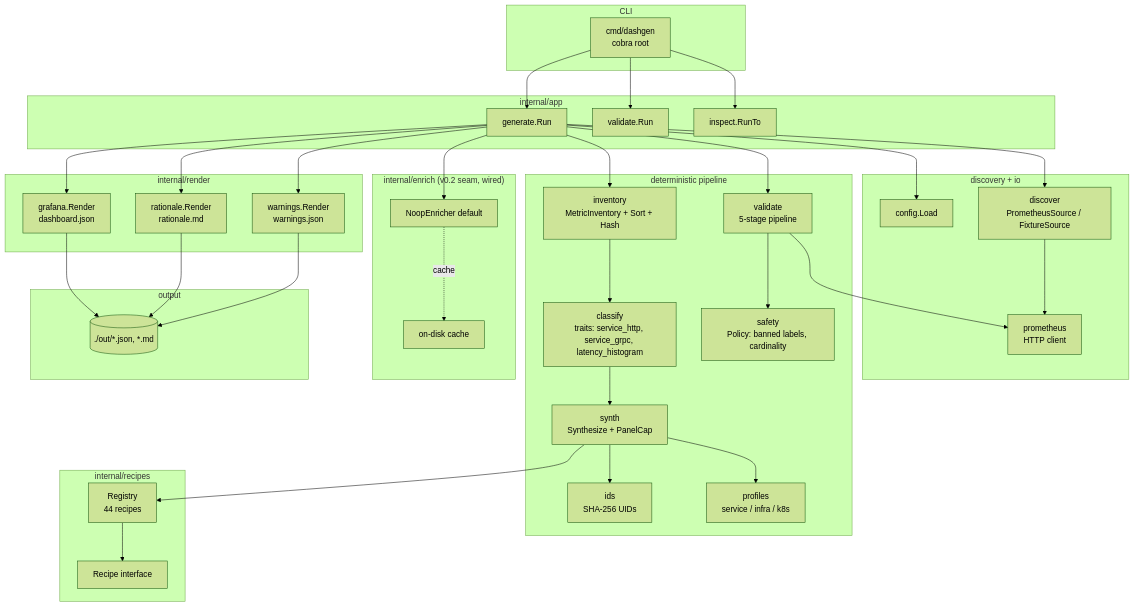
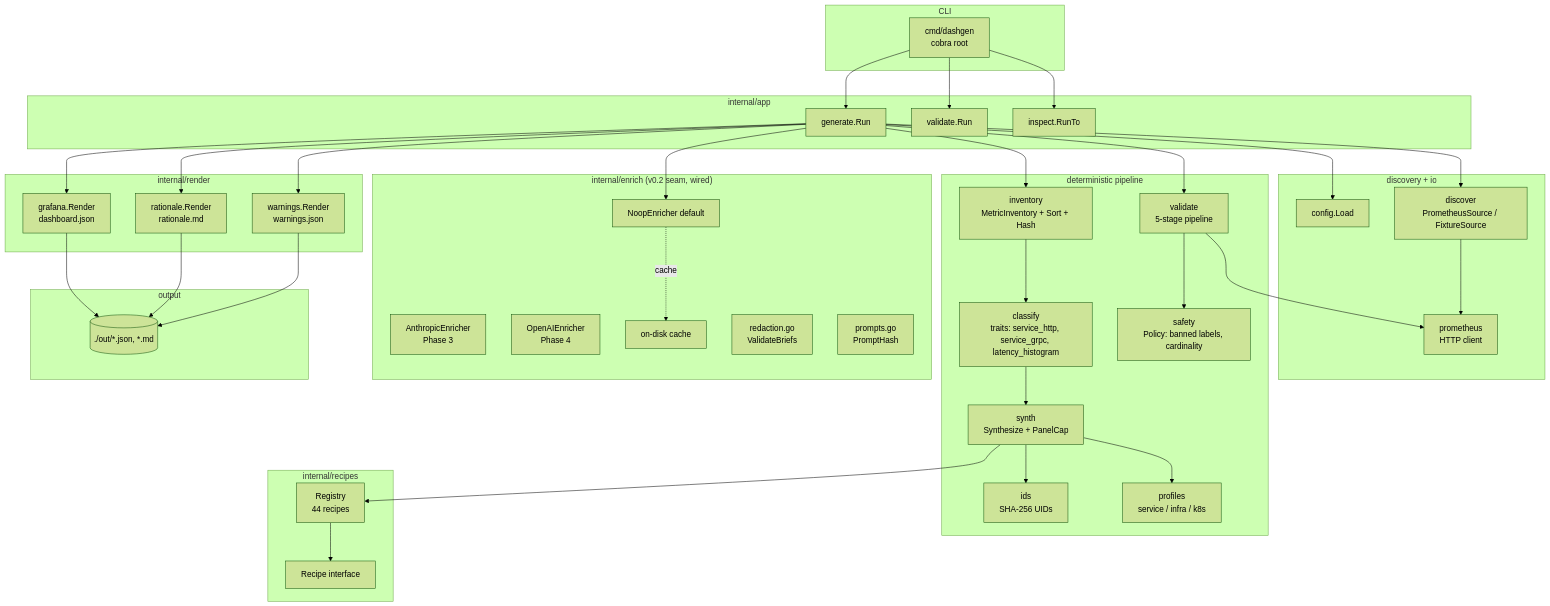
One commit to hemzaz/dashgen changed the first of 2 diagrams in docs/CODEBASE_MAP.md. Above: the diagram before and after it, drawn with Mermaid (forest theme). The commit also changed other lines of this file, not shown here.

````diff
--- a/docs/CODEBASE_MAP.md
+++ b/docs/CODEBASE_MAP.md
@@ -19,66 +20,70 @@
 ```mermaid
 graph TB
     subgraph CLI
         Cmd[cmd/dashgen<br/>cobra root]
     end
     subgraph App["internal/app"]
         Gen[generate.Run]
         Val[validate.Run]
         Ins[inspect.RunTo]
     end
     subgraph Backend["discovery + io"]
         Cfg[config.Load]
         Dis[discover<br/>PrometheusSource / FixtureSource]
         Prom[prometheus<br/>HTTP client]
     end
     subgraph Core["deterministic pipeline"]
         Inv[inventory<br/>MetricInventory + Sort + Hash]
         Cls[classify<br/>traits: service_http, service_grpc, latency_histogram]
         Syn[synth<br/>Synthesize + PanelCap]
         Safe[safety<br/>Policy: banned labels, cardinality]
         Vld[validate<br/>5-stage pipeline]
         IDs[ids<br/>SHA-256 UIDs]
         Prof[profiles<br/>service / infra / k8s]
     end
     subgraph Recipes["internal/recipes"]
         Reg[Registry<br/>44 recipes]
         Rcp[Recipe interface]
     end
     subgraph Render["internal/render"]
         RG[grafana.Render<br/>dashboard.json]
         RR[rationale.Render<br/>rationale.md]
         RW[warnings.Render<br/>warnings.json]
     end
     subgraph Enrich["internal/enrich (v0.2 seam, wired)"]
         NoopE[NoopEnricher default]
+        Anth[AnthropicEnricher<br/>Phase 3]
+        OAI[OpenAIEnricher<br/>Phase 4]
         Cache[on-disk cache]
+        Red[redaction.go<br/>ValidateBriefs]
+        Pmt[prompts.go<br/>PromptHash]
     end
     subgraph Out[output]
         Files[(./out/*.json, *.md)]
     end
 
     Cmd --> Gen
     Cmd --> Val
     Cmd --> Ins
     Gen --> Cfg
     Gen --> Dis
     Dis --> Prom
     Gen --> Inv
     Inv --> Cls
     Cls --> Syn
     Syn --> Reg
     Reg --> Rcp
     Syn --> IDs
     Syn --> Prof
     Gen --> Vld
     Vld --> Safe
     Vld --> Prom
     Gen --> RG
     Gen --> RR
     Gen --> RW
     RG --> Files
     RR --> Files
     RW --> Files
     Gen --> NoopE
     NoopE -. cache .-> Cache
 ```
````
